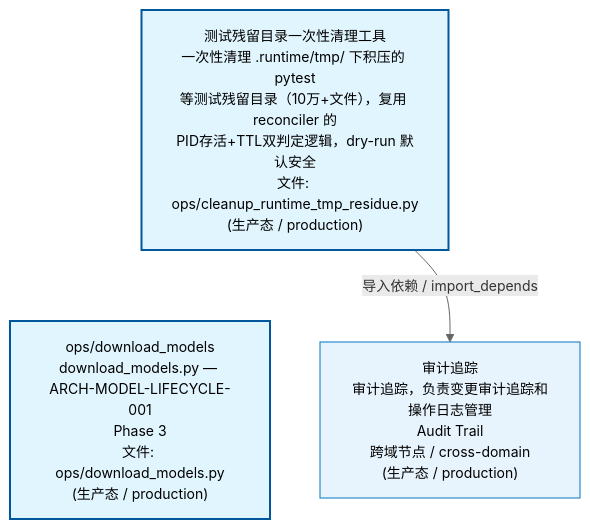
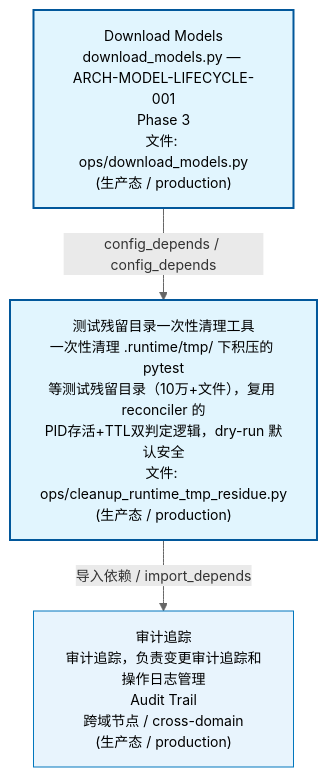
The first of 3 diagrams in docs/02_enterprise_architecture/02_domain_architecture_docs/04_d_infra_ops.md (xuanFelixVan/ZephyrAlpha), drawn with Mermaid before and after one commit. The commit also changed other lines of this file and 58 other files, not shown here.

````diff
--- a/docs/02_enterprise_architecture/02_domain_architecture_docs/04_d_infra_ops.md
+++ b/docs/02_enterprise_architecture/02_domain_architecture_docs/04_d_infra_ops.md
@@ -53,15 +53,15 @@
 ```mermaid
 %%{init: {'theme': 'base', 'themeVariables': {'primaryColor': '#eaeaea', 'primaryTextColor': '#333333', 'primaryBorderColor': '#666666', 'lineColor': '#666666', 'secondaryColor': '#eaeaea', 'tertiaryColor': '#eaeaea', 'fontSize': '14px'}}}%%
 flowchart TD
+    scripts_ops_download_models_py["Download Models<br/>download_models.py — ARCH-MODEL-LIFECYCLE-001<br/>Phase 3<br/>文件: ops/download_models.py<br/>(生产态 / production)"]
     scripts_ops_cleanup_runtime_tmp_residue_py["测试残留目录一次性清理工具<br/>一次性清理 .runtime/tmp/ 下积压的 pytest<br/>等测试残留目录（10万+文件），复用 reconciler 的<br/>PID存活+TTL双判定逻辑，dry-run 默认安全<br/>文件: ops/cleanup_runtime_tmp_residue.py<br/>(生产态 / production)"]
-    scripts_ops_download_models_py["ops/download_models<br/>download_models.py — ARCH-MODEL-LIFECYCLE-001<br/>Phase 3<br/>文件: ops/download_models.py<br/>(生产态 / production)"]
-    scripts_ops_cleanup_runtime_tmp_residue_py ~~~ scripts_ops_download_models_py
+    scripts_ops_download_models_py -->|config_depends / config_depends| scripts_ops_cleanup_runtime_tmp_residue_py
     D_GOV_AUDIT["审计追踪<br/>审计追踪，负责变更审计追踪和操作日志管理<br/>Audit Trail<br/>跨域节点 / cross-domain<br/>(生产态 / production)"]
     scripts_ops_cleanup_runtime_tmp_residue_py -->|导入依赖 / import_depends| D_GOV_AUDIT
     classDef production fill:#e1f5fe,stroke:#01579b,stroke-width:2px,color:#000
     classDef design fill:#fff3e0,stroke:#e65100,stroke-width:2px,color:#000,stroke-dasharray: 5 5
     classDef external_prod fill:#e8f4fd,stroke:#0277bd,stroke-width:1px,color:#000
     classDef external_design fill:#fff8e7,stroke:#ef6c00,stroke-width:1px,color:#000,stroke-dasharray: 5 5
     class scripts_ops_cleanup_runtime_tmp_residue_py,scripts_ops_download_models_py production
     class D_GOV_AUDIT external_prod
 ```
````
